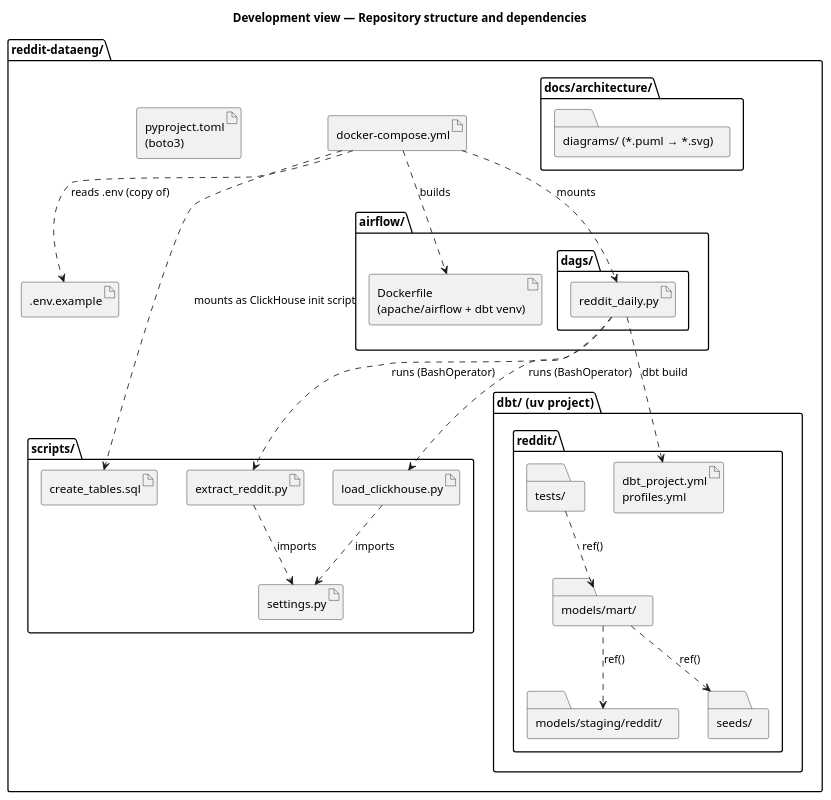
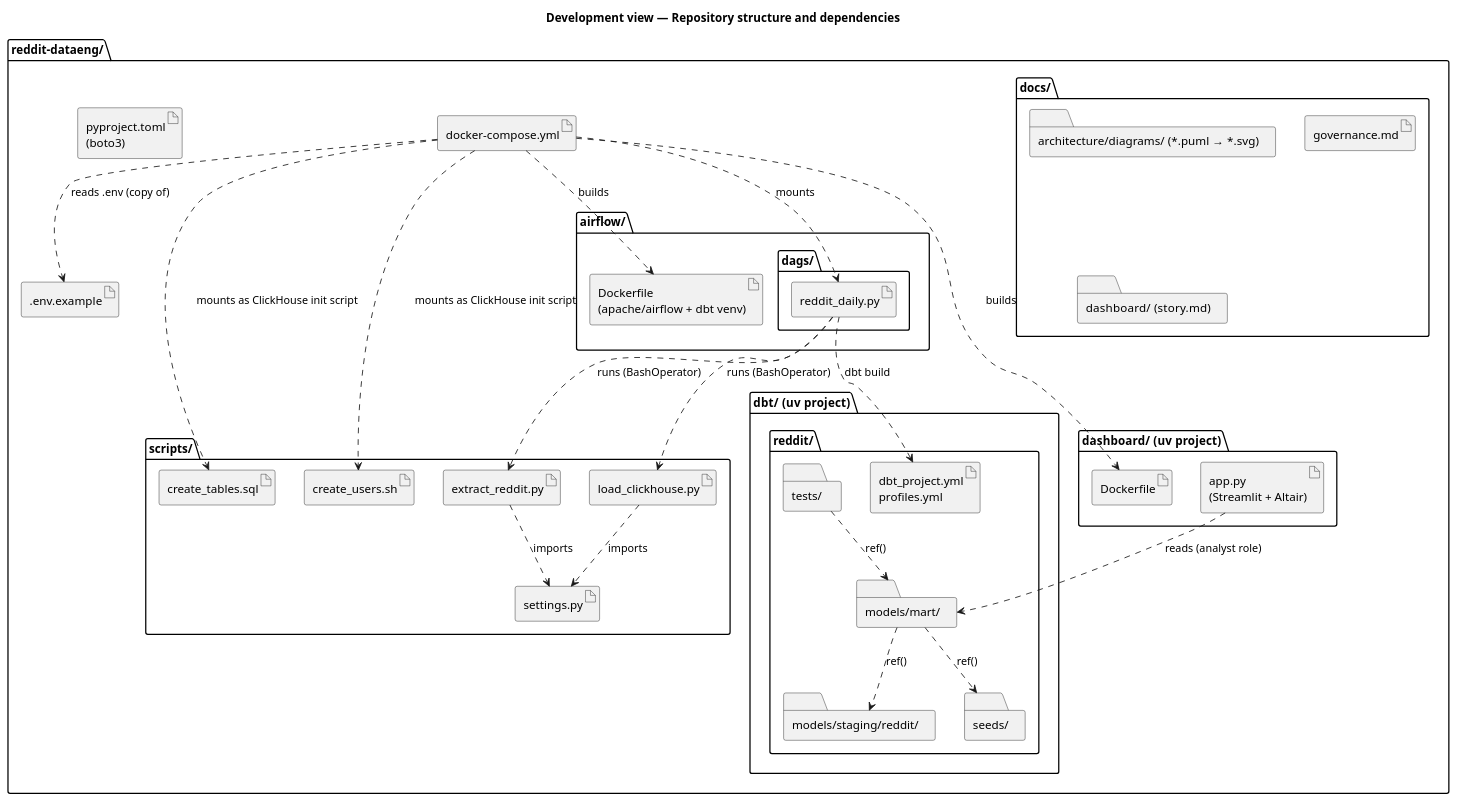
Before and after one commit to modsomjeed/reddit-dataeng: the diagram in docs/architecture/diagrams/development-packages.puml, drawn with PlantUML. The commit also changed 16 other files, not shown here.

Commit message:
docs(architecture): update views for dashboard, governance and freshness

```diff
--- a/docs/architecture/diagrams/development-packages.puml
+++ b/docs/architecture/diagrams/development-packages.puml
@@ -1,48 +1,58 @@
 @startuml development-packages
 title Development view — Repository structure and dependencies
 skinparam shadowing false
 skinparam packageStyle folder
 
 package "reddit-dataeng/" {
   package "scripts/" as scripts {
     artifact "extract_reddit.py" as ex
     artifact "load_clickhouse.py" as ld
     artifact "settings.py" as st
     artifact "create_tables.sql" as ddl
+    artifact "create_users.sh" as users
   }
   package "airflow/" as af {
     artifact "Dockerfile\n(apache/airflow + dbt venv)" as afd
     package "dags/" {
       artifact "reddit_daily.py" as dag
     }
   }
   package "dbt/  (uv project)" as dbtproj {
     package "reddit/" {
       artifact "dbt_project.yml\nprofiles.yml" as dbtcfg
       folder "models/staging/reddit/" as stg
       folder "models/mart/" as mart
       folder "seeds/" as seeds
       folder "tests/" as tests
     }
   }
-  package "docs/architecture/" as docs {
-    folder "diagrams/  (*.puml → *.svg)" as diag
+  package "dashboard/  (uv project)" as dashpkg {
+    artifact "app.py\n(Streamlit + Altair)" as app
+    artifact "Dockerfile" as dashd
+  }
+  package "docs/" as docs {
+    folder "architecture/diagrams/  (*.puml → *.svg)" as diag
+    artifact "governance.md" as gov
+    folder "dashboard/  (story.md)" as story
   }
   artifact "docker-compose.yml" as compose
   artifact "pyproject.toml\n(boto3)" as pyproj
   artifact ".env.example" as envex
 }
 
 ex ..> st : imports
 ld ..> st : imports
 dag ..> ex : "runs (BashOperator)"
 dag ..> ld : "runs (BashOperator)"
 dag ..> dbtcfg : "dbt build"
 mart ..> stg : "ref()"
 mart ..> seeds : "ref()"
 tests ..> mart : "ref()"
 compose ..> afd : builds
 compose ..> ddl : "mounts as ClickHouse init script"
+compose ..> users : "mounts as ClickHouse init script"
+compose ..> dashd : builds
+app ..> mart : "reads (analyst role)"
 compose ..> dag : mounts
 compose ..> envex : "reads .env (copy of)"
 @enduml
```
